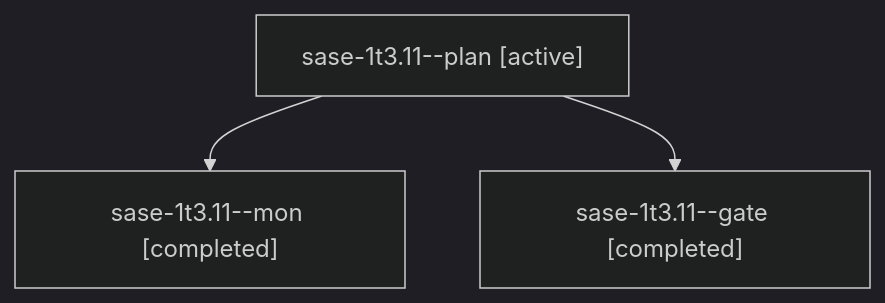
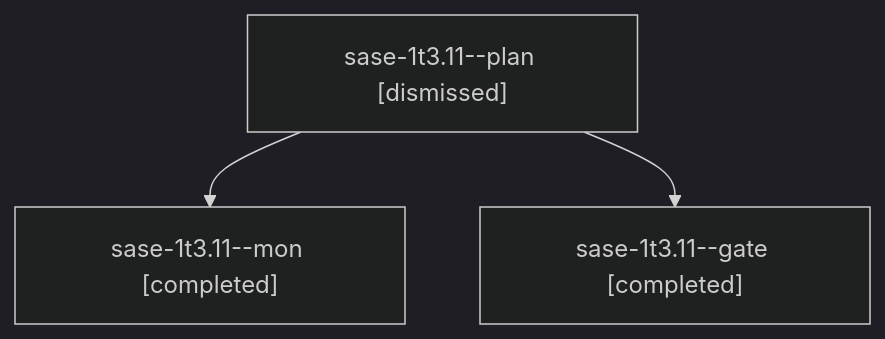
One commit to sase-org/sase--agents changed the diagram in sessions/bbugyi200.athena.sase-1t3.11.md. Above: the diagram before and after it, drawn with Mermaid (dark theme). The commit also changed other lines of this file and 267 other files, not shown here.

````diff
--- a/sessions/bbugyi200.athena.sase-1t3.11.md
+++ b/sessions/bbugyi200.athena.sase-1t3.11.md
@@ -9,8 +9,8 @@
 ```mermaid
 flowchart TD
-  n0["sase-1t3.11--plan [active]"]
+  n0["sase-1t3.11--plan [dismissed]"]
   n1["sase-1t3.11--mon [completed]"]
   n0 --> n1
   n2["sase-1t3.11--gate [completed]"]
   n0 --> n2
 ```
````
